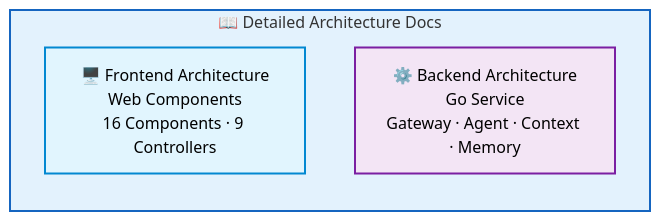
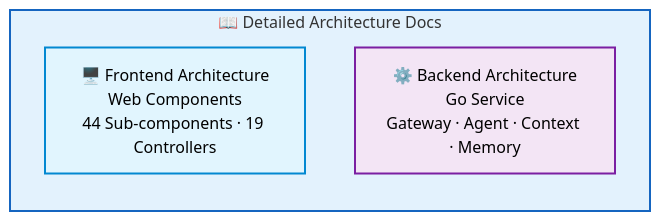
One commit to rtc-agent/docs changed the third of 3 diagrams in src/content/docs/en/architecture/index.md. Above: the diagram before and after it, drawn with Mermaid (neutral theme). The commit also changed 17 other files, not shown here.

````diff
--- a/src/content/docs/en/architecture/index.md
+++ b/src/content/docs/en/architecture/index.md
@@ -123,12 +123,12 @@
 ```mermaid
 flowchart LR
     subgraph PAGES["📖 Detailed Architecture Docs"]
         direction TB
-        FE_PAGE["🖥️ Frontend Architecture<br/>Web Components<br/>16 Components · 9 Controllers"]
+        FE_PAGE["🖥️ Frontend Architecture<br/>Web Components<br/>44 Sub-components · 19 Controllers"]
         BE_PAGE["⚙️ Backend Architecture<br/>Go Service<br/>Gateway · Agent · Context · Memory"]
     end
 
     style PAGES fill:#e3f2fd,stroke:#1565c0,stroke-width:2px
     style FE_PAGE fill:#e1f5fe,stroke:#0288d1,stroke-width:2px
     style BE_PAGE fill:#f3e5f5,stroke:#7b1fa2,stroke-width:2px
 ```
````
